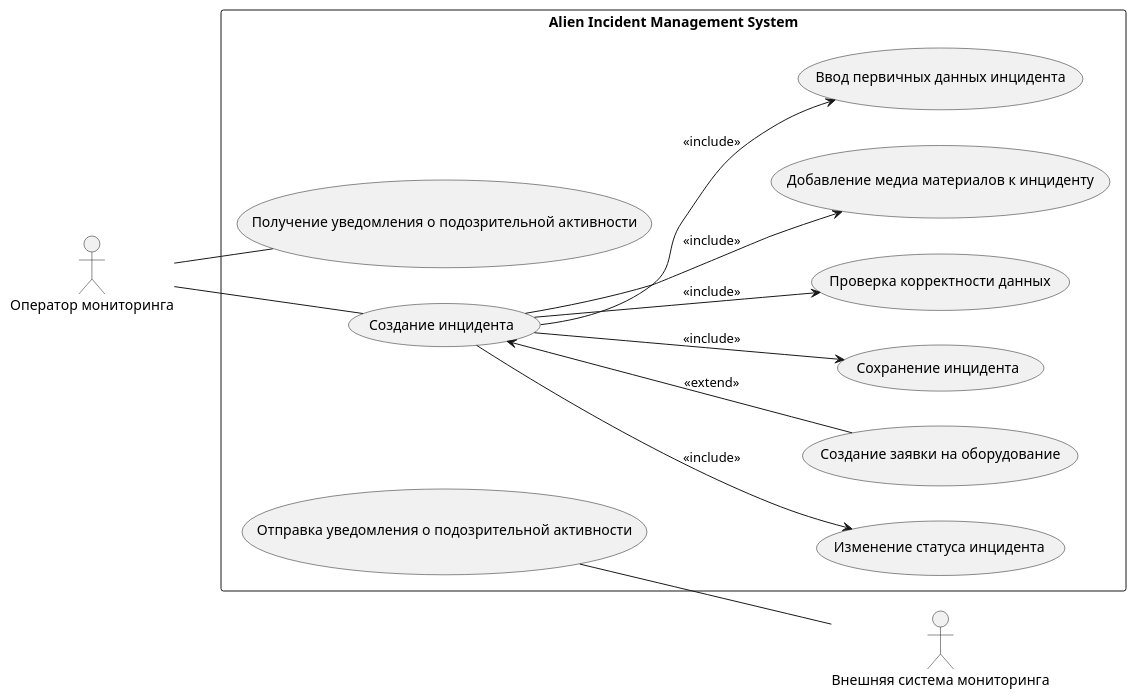
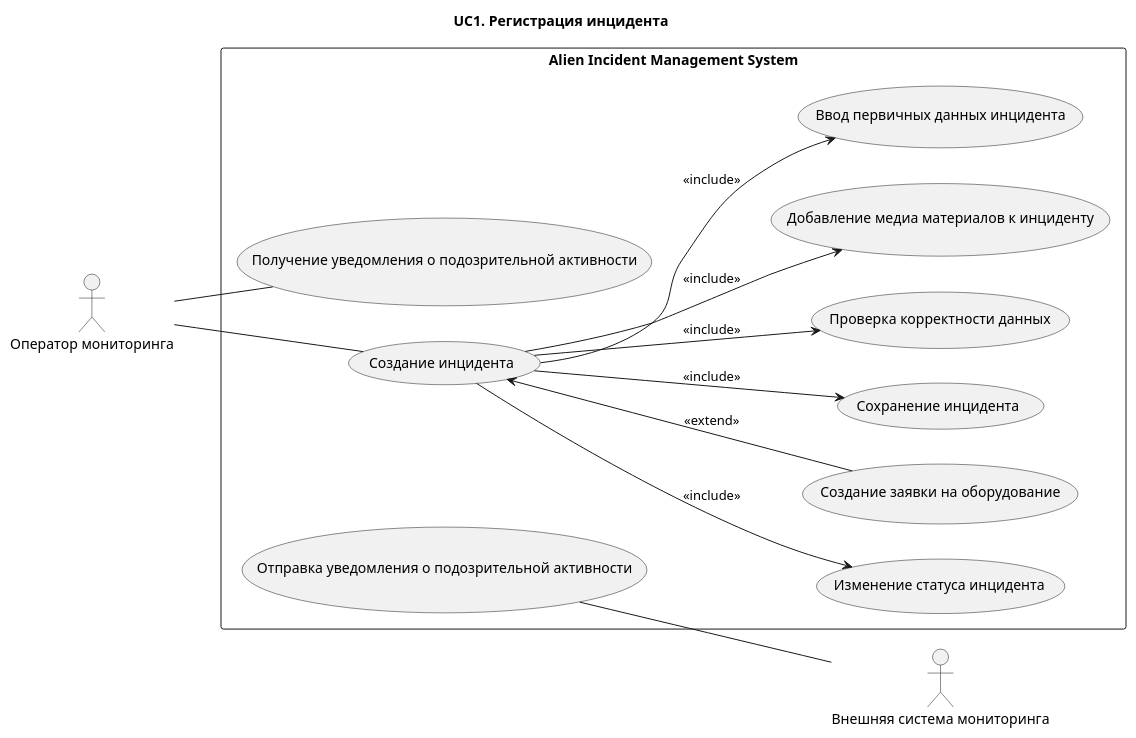
The first of 4 diagrams in docs/use-case/UC1.md (Andryss/AIMS), drawn with PlantUML before and after one commit. The commit also changed other lines of this file and 3 other files, not shown here.

````diff
--- a/docs/use-case/UC1.md
+++ b/docs/use-case/UC1.md
@@ -5,37 +5,38 @@
 ```plantuml
 @startuml
+title UC1. Регистрация инцидента
 left to right direction
 
 actor "Оператор мониторинга" as Operator
 actor "Внешняя система мониторинга" as ExternalMonitoring
 
 rectangle "Alien Incident Management System" {
 
 (Отправка уведомления о подозрительной активности) as UC01
 (Получение уведомления о подозрительной активности) as UC02
 
 (Создание инцидента) as UC11
 
 (Изменение статуса инцидента) as UC116
 (Создание заявки на оборудование) as UC115
 (Сохранение инцидента) as UC114
 (Проверка корректности данных) as UC113
 (Добавление медиа материалов к инциденту) as UC112
 (Ввод первичных данных инцидента) as UC111
 
 }
 
 UC01 -- ExternalMonitoring
 Operator -- UC02
 
 Operator -- UC11
 
 UC11 --> UC111 : <<include>>
 UC11 --> UC112 : <<include>>
 UC11 --> UC113 : <<include>>
 UC11 --> UC114 : <<include>>
 UC11 <-- UC115 : <<extend>>
 UC11 --> UC116 : <<include>>
 
 @enduml
 ```
````
